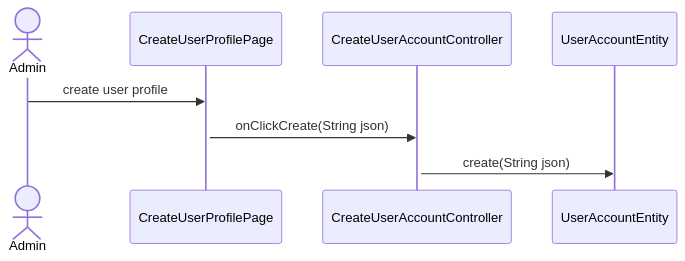
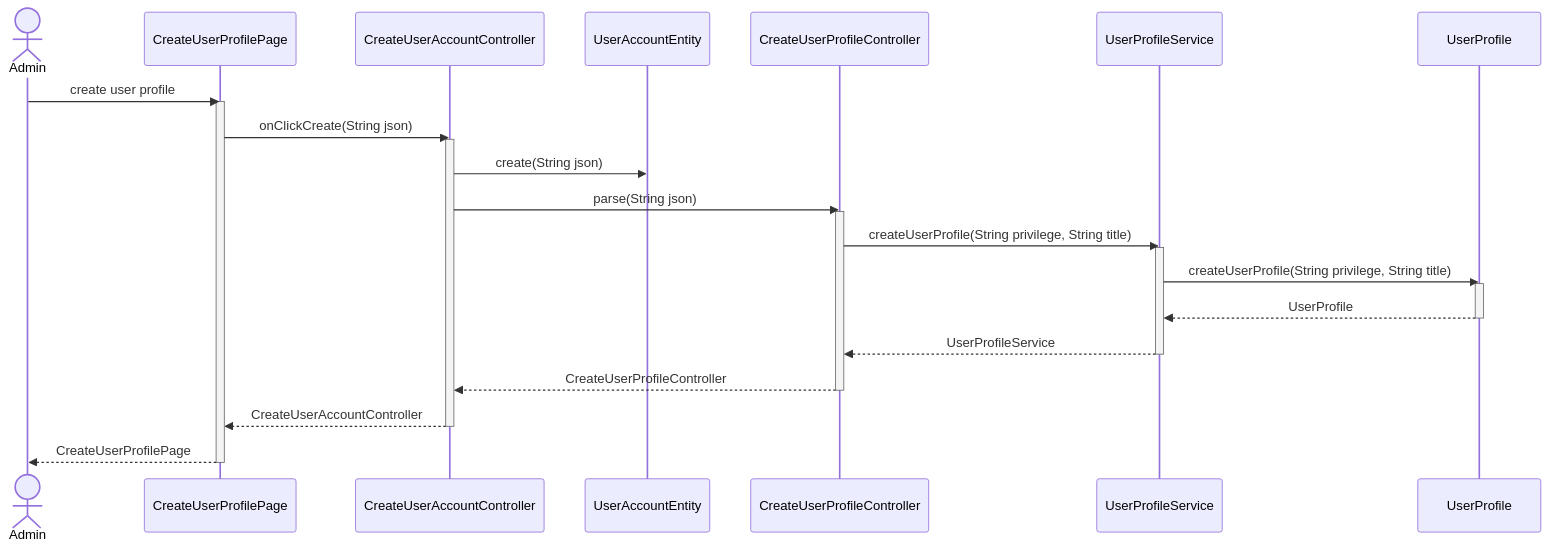
Before and after one commit to mkamsani/CSIT314-TeamHotDog-Project: the second of 3 diagrams in docs/user-story-admin/createUserAccount.md, drawn with Mermaid. The commit also changed other lines of this file and 2 other files, not shown here.

Commit message:
Update mermaid diagram, initializer, dockerfile

````diff
--- a/docs/user-story-admin/createUserAccount.md
+++ b/docs/user-story-admin/createUserAccount.md
@@ -38,9 +38,26 @@
 ```mermaid
 sequenceDiagram
 actor Admin
 Admin ->> CreateUserProfilePage : create user profile
 activate CreateUserProfilePage
 CreateUserProfilePage ->> CreateUserAccountController : onClickCreate(String json)
 activate CreateUserAccountController
 CreateUserAccountController ->> UserAccountEntity : create(String json)
+# return something to the user
+CreateUserAccountController ->> CreateUserProfileController : parse(String json)
+activate CreateUserProfileController
+CreateUserProfileController ->> UserProfileService : createUserProfile(String privilege, String title)
+activate UserProfileService
+UserProfileService ->> UserProfile : createUserProfile(String privilege, String title)
+activate UserProfile
+UserProfile -->> UserProfileService : UserProfile
+deactivate UserProfile
+UserProfileService -->> CreateUserProfileController : UserProfileService
+deactivate UserProfileService
+CreateUserProfileController -->> CreateUserAccountController : CreateUserProfileController
+deactivate CreateUserProfileController
+CreateUserAccountController -->> CreateUserProfilePage : CreateUserAccountController
+deactivate CreateUserAccountController
+CreateUserProfilePage -->> Admin : CreateUserProfilePage
+deactivate CreateUserProfilePage
 ```
````
